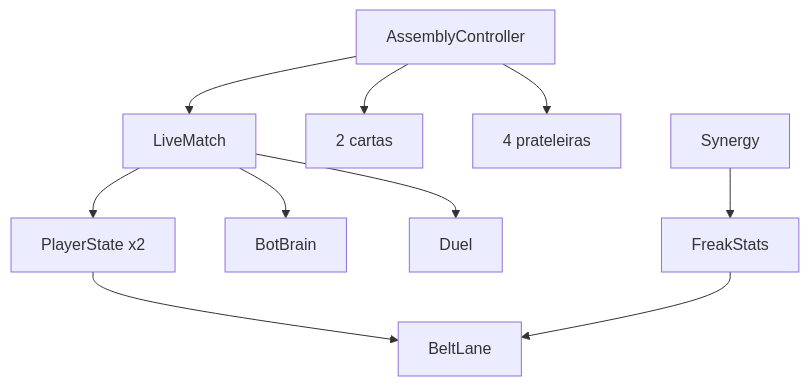
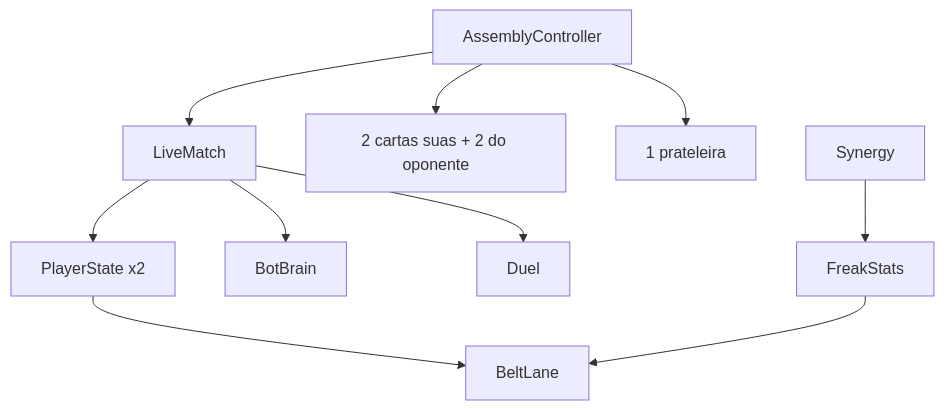
Before and after one commit to lupacaco/unbox-fighters: the diagram in docs/tecnico/arquitetura.md, drawn with Mermaid. The commit also changed other lines of this file and 44 other files, not shown here.

````diff
--- a/docs/tecnico/arquitetura.md
+++ b/docs/tecnico/arquitetura.md
@@ -64,12 +64,12 @@
 ```mermaid
 flowchart TD
   AC[AssemblyController] --> LM[LiveMatch]
-  AC --> Cards[2 cartas]
-  AC --> Shop[4 prateleiras]
+  AC --> Cards[2 cartas suas + 2 do oponente]
+  AC --> Shop[1 prateleira]
   LM --> PS[PlayerState x2]
   PS --> Lane[BeltLane]
   LM --> Bot[BotBrain]
   LM --> Duel[Duel]
   Syn[Synergy] --> Stats[FreakStats]
   Stats --> Lane
 ```
````
